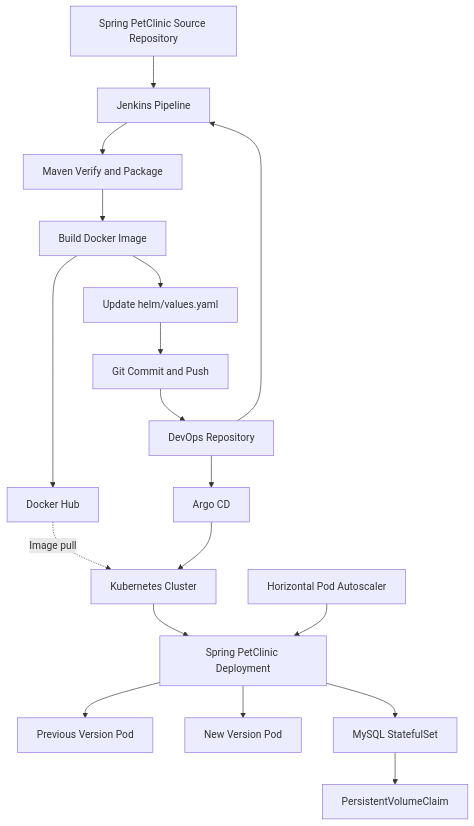
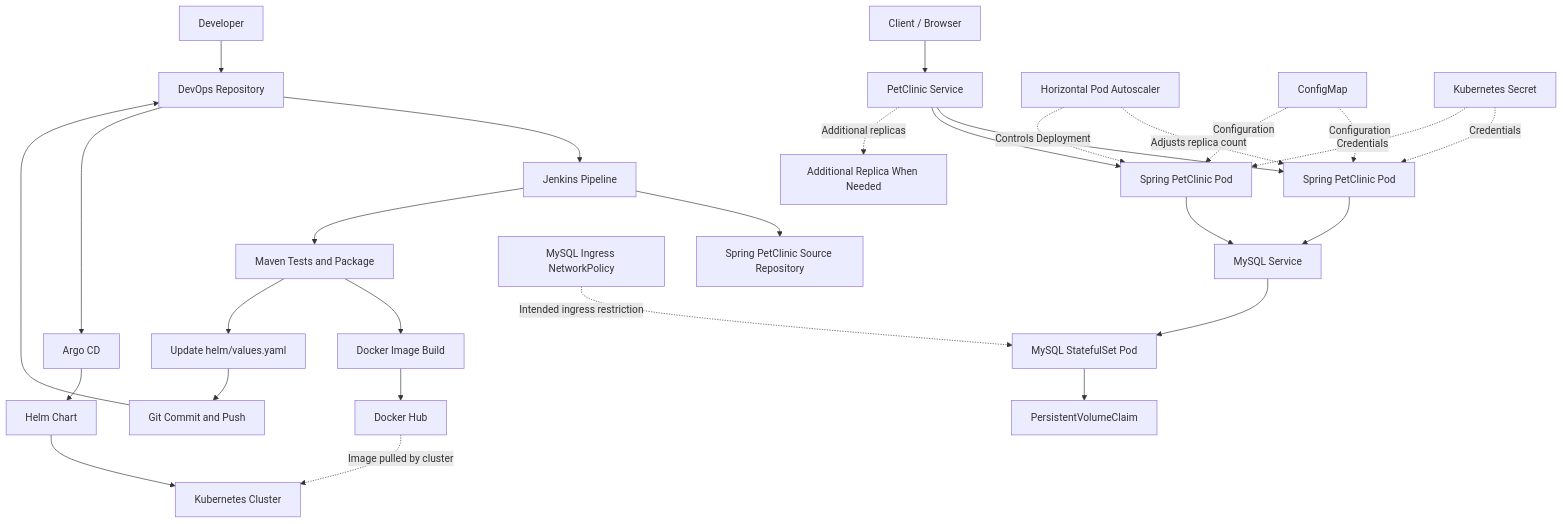
Before and after one commit to moamenothman/spring-petclinic-DevOps: the diagram in README.md, drawn with Mermaid. The commit also changed other lines of this file, not shown here.

````diff
--- a/README.md
+++ b/README.md
@@ -78,37 +69,59 @@
 ```mermaid
 flowchart TD
+    Developer[Developer]
     Source[Spring PetClinic Source Repository]
-    DevOps[DevOps Repository]
+    DevOpsRepo[DevOps Repository]
     Jenkins[Jenkins Pipeline]
-    Maven[Maven Verify and Package]
-    Docker[Build Docker Image]
+    Tests[Maven Tests and Package]
+    Image[Docker Image Build]
     Registry[Docker Hub]
-    Helm[Update helm/values.yaml]
+    Values[Update helm/values.yaml]
     Commit[Git Commit and Push]
-    Argo[Argo CD]
+    ArgoCD[Argo CD]
+    Helm[Helm Chart]
     K8s[Kubernetes Cluster]
-    Deploy[Spring PetClinic Deployment]
-    Old[Previous Version Pod]
-    New[New Version Pod]
-    MySQL[MySQL StatefulSet]
+    Client[Client / Browser]
+    Service[PetClinic Service]
+    App1[Spring PetClinic Pod]
+    App2[Spring PetClinic Pod]
+    App3[Additional Replica When Needed]
+    HPA[Horizontal Pod Autoscaler]
+    Config[ConfigMap]
+    Secret[Kubernetes Secret]
+    DBService[MySQL Service]
+    Policy[MySQL Ingress NetworkPolicy]
+    MySQL[MySQL StatefulSet Pod]
     PVC[PersistentVolumeClaim]
-    HPA[Horizontal Pod Autoscaler]
 
-    Source --> Jenkins
-    DevOps --> Jenkins
-    Jenkins --> Maven
-    Maven --> Docker
-    Docker --> Registry
-    Registry -. Image pull .-> K8s
-    Docker --> Helm
-    Helm --> Commit
-    Commit --> DevOps
-    DevOps --> Argo
-    Argo --> K8s
-    K8s --> Deploy
-    Deploy --> Old
-    Deploy --> New
-    Deploy --> MySQL
+    Developer --> DevOpsRepo
+    DevOpsRepo --> Jenkins
+    Jenkins --> Source
+    Jenkins --> Tests
+    Tests --> Image
+    Image --> Registry
+    Tests --> Values
+    Values --> Commit
+    Commit --> DevOpsRepo
+    DevOpsRepo --> ArgoCD
+    ArgoCD --> Helm
+    Helm --> K8s
+    Registry -. Image pulled by cluster .-> K8s
+
+    Client --> Service
+    Service --> App1
+    Service --> App2
+    Service -. Additional replicas .-> App3
+    Config -. Configuration .-> App1
+    Config -. Configuration .-> App2
+    Secret -. Credentials .-> App1
+    Secret -. Credentials .-> App2
+
+    App1 --> DBService
+    App2 --> DBService
+    DBService --> MySQL
+    Policy -. Intended ingress restriction .-> MySQL
     MySQL --> PVC
-    HPA --> Deploy
+
+    HPA -. Adjusts replica count .-> App1
+    HPA -. Controls Deployment .-> App2
 ```
````
